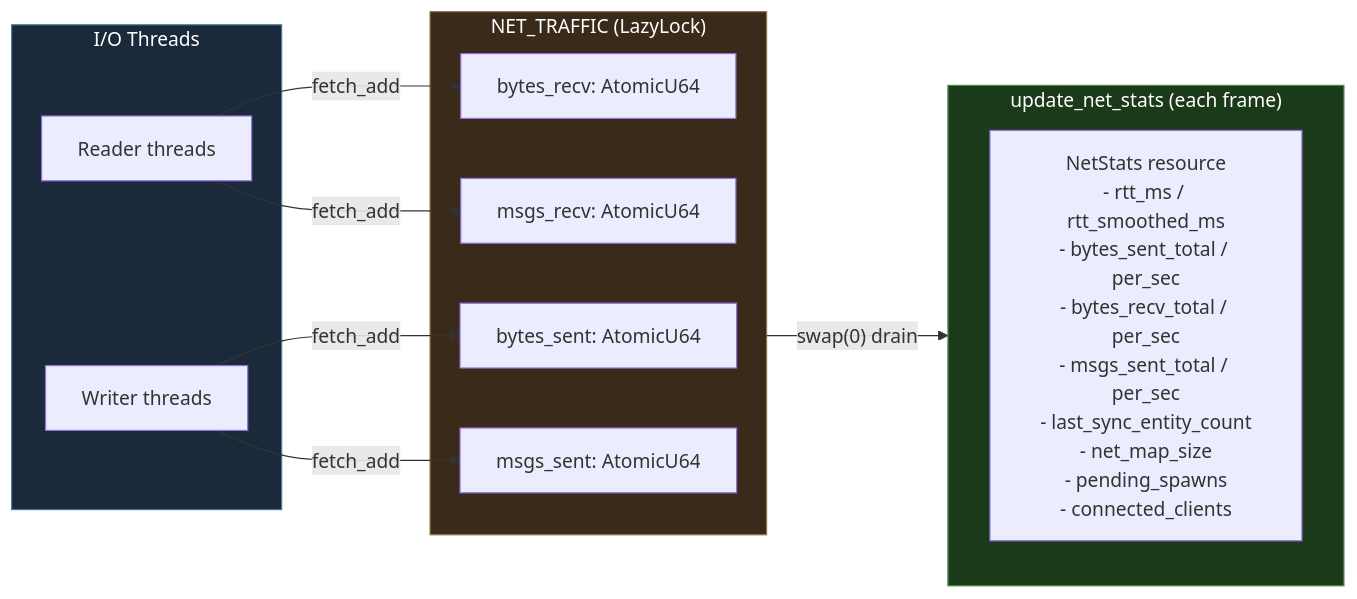
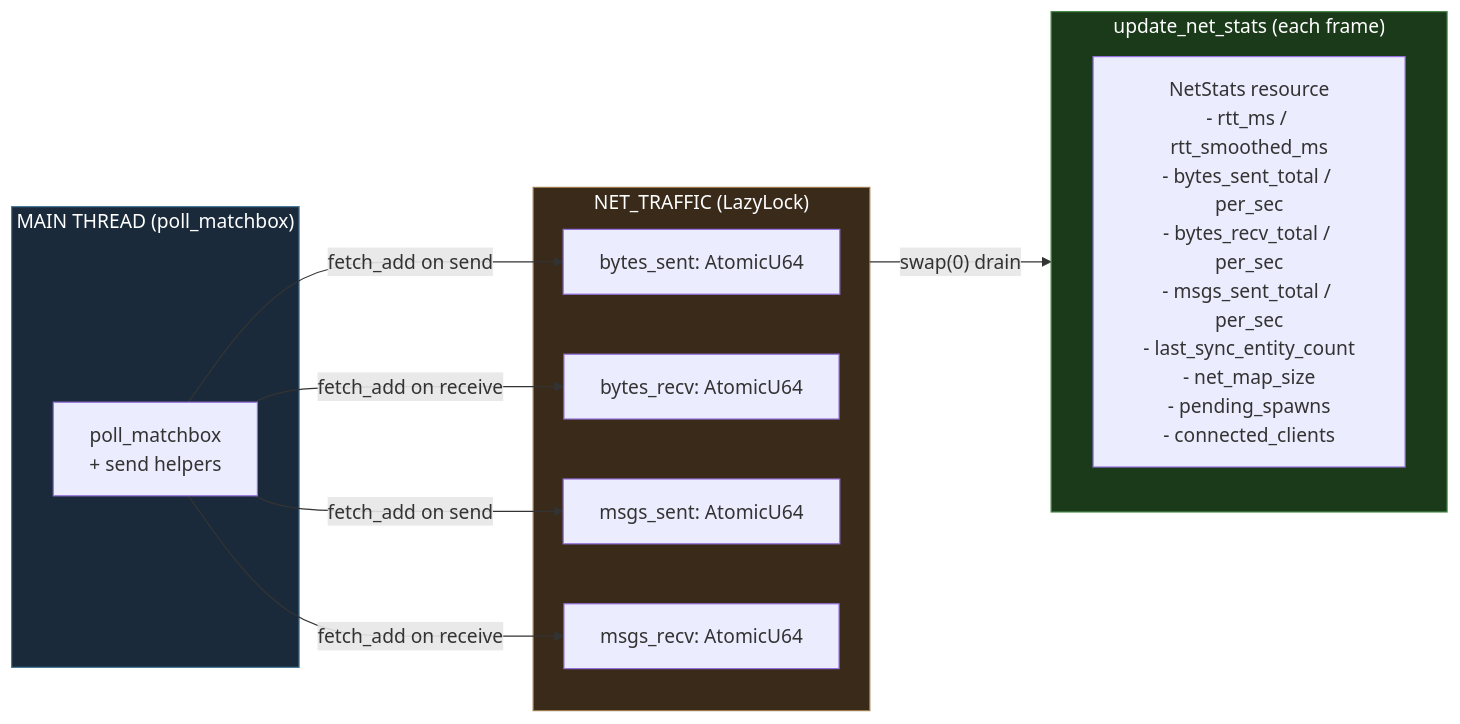
One commit to pashaydev/RTS changed the tenth of 11 diagrams in docs/multiplayer-architecture.md. Above: the diagram before and after it, drawn with Mermaid. The commit also changed other lines of this file and 15 other files, not shown here.

````diff
--- a/docs/multiplayer-architecture.md
+++ b/docs/multiplayer-architecture.md
@@ -486,28 +463,27 @@
 ```mermaid
 flowchart LR
-    subgraph Threads["I/O Threads"]
-        RT["Reader threads"]
-        WT["Writer threads"]
+    subgraph MainThread["MAIN THREAD (poll_matchbox)"]
+        Poll["poll_matchbox\n+ send helpers"]
     end
 
     subgraph Atomics["NET_TRAFFIC (LazyLock)"]
         BS["bytes_sent: AtomicU64"]
         BR["bytes_recv: AtomicU64"]
         MS["msgs_sent: AtomicU64"]
         MR["msgs_recv: AtomicU64"]
     end
 
     subgraph ECS["update_net_stats (each frame)"]
         NS["NetStats resource\n- rtt_ms / rtt_smoothed_ms\n- bytes_sent_total / per_sec\n- bytes_recv_total / per_sec\n- msgs_sent_total / per_sec\n- last_sync_entity_count\n- net_map_size\n- pending_spawns\n- connected_clients"]
     end
 
-    RT -->|"fetch_add"| BR
-    RT -->|"fetch_add"| MR
-    WT -->|"fetch_add"| BS
-    WT -->|"fetch_add"| MS
+    Poll -->|"fetch_add on send"| BS
+    Poll -->|"fetch_add on send"| MS
+    Poll -->|"fetch_add on receive"| BR
+    Poll -->|"fetch_add on receive"| MR
     Atomics -->|"swap(0) drain"| ECS
 
-    style Threads fill:#1a2a3a,stroke:#4a7a9a,color:#fff
+    style MainThread fill:#1a2a3a,stroke:#4a7a9a,color:#fff
     style Atomics fill:#3a2a1a,stroke:#9a7a4a,color:#fff
     style ECS fill:#1a3a1a,stroke:#4a8a4a,color:#fff
 ```
````
